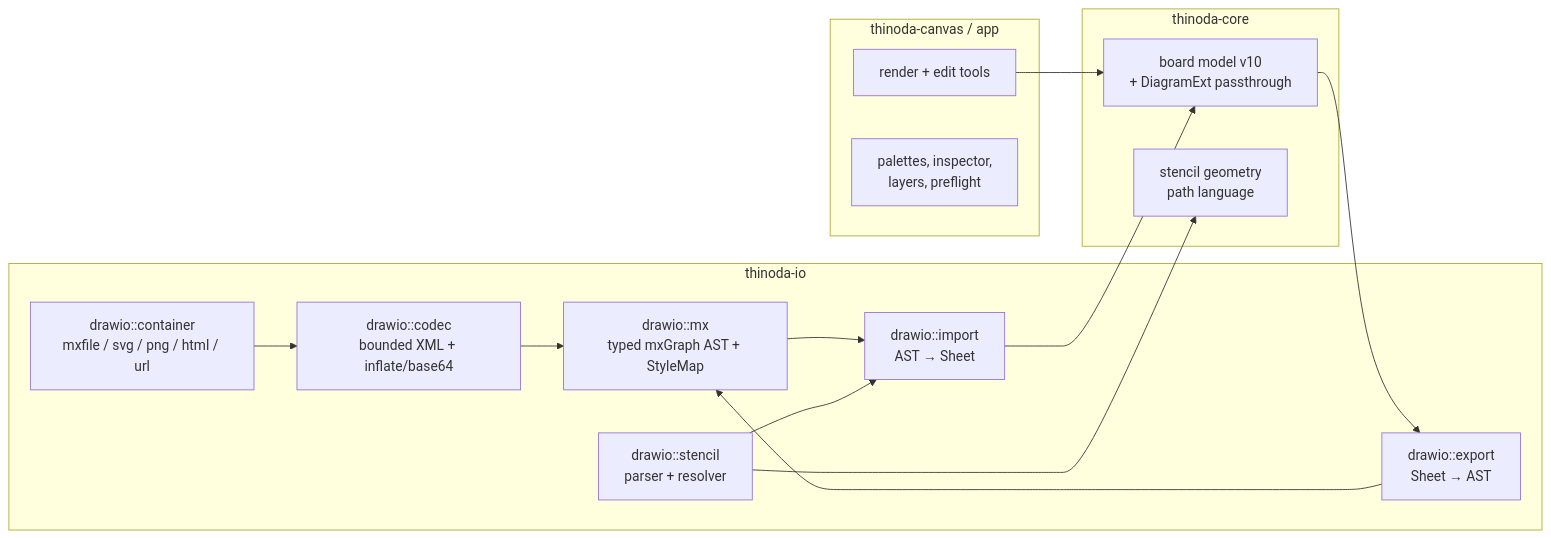
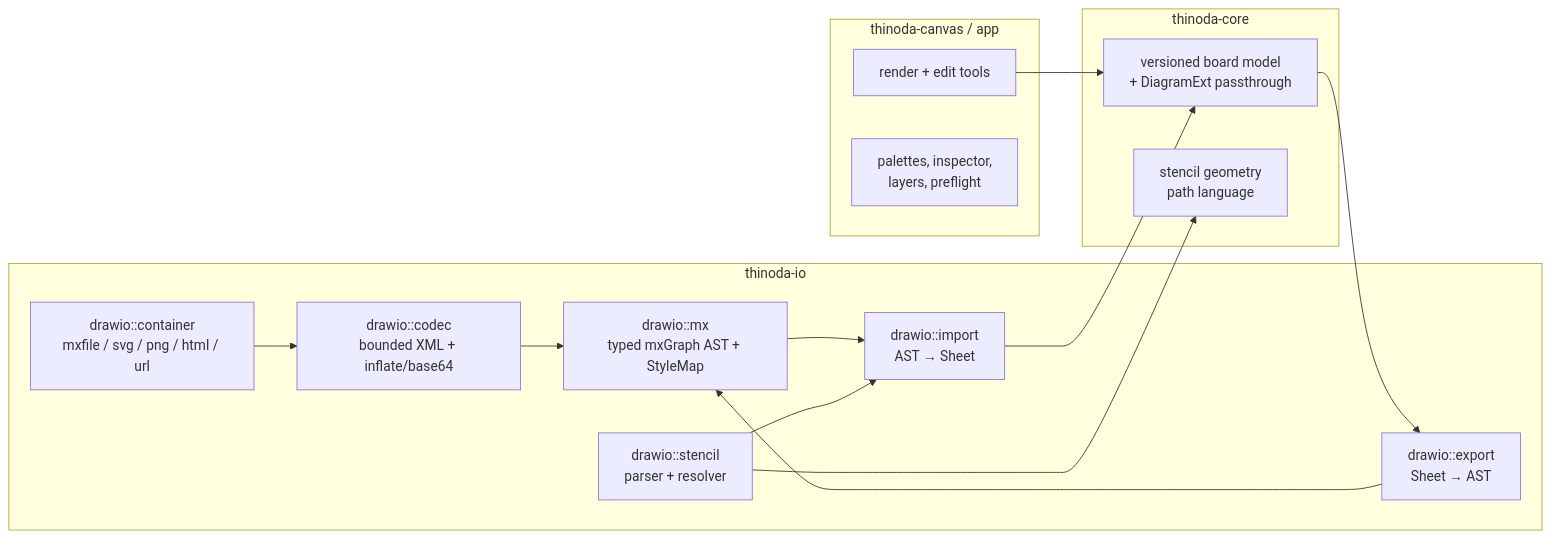
One commit to AxelWol/Thinoda changed the diagram in docs/DRAWIO.md. Above: the diagram before and after it, drawn with Mermaid. The commit also changed other lines of this file and 33 other files, not shown here.

````diff
--- a/docs/DRAWIO.md
+++ b/docs/DRAWIO.md
@@ -129,21 +129,21 @@
 ```mermaid
 flowchart LR
   subgraph thinoda-io
     C[drawio::container<br/>mxfile / svg / png / html / url] --> X[drawio::codec<br/>bounded XML + inflate/base64]
     X --> M[drawio::mx<br/>typed mxGraph AST + StyleMap]
     M --> I[drawio::import<br/>AST → Sheet]
     E[drawio::export<br/>Sheet → AST] --> M
     S[drawio::stencil<br/>parser + resolver] --> I
   end
   subgraph thinoda-core
-    B[board model v10<br/>+ DiagramExt passthrough]
+    B[versioned board model<br/>+ DiagramExt passthrough]
     G[stencil geometry<br/>path language]
   end
   I --> B
   B --> E
   S --> G
   subgraph thinoda-canvas / app
     R[render + edit tools] --> B
     UI[palettes, inspector,<br/>layers, preflight]
   end
 ```
````
